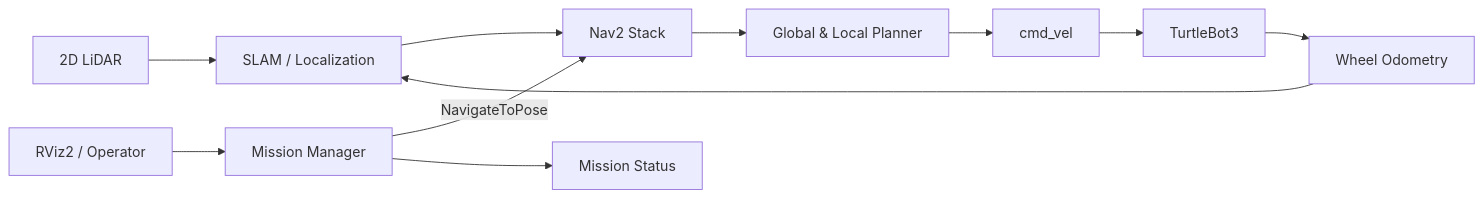
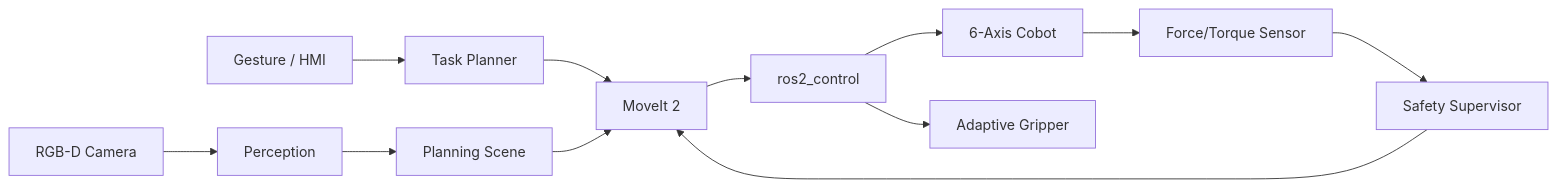
The diagram in README.md (Taegyu-Lee1117/mission_app), drawn with Mermaid before and after one commit. The commit also changed other lines of this file, not shown here.

Commit message:
docs: ROS 협동로봇 프로젝트 README 작성

````diff
--- a/README.md
+++ b/README.md
@@ -49,13 +59,14 @@
 ```mermaid
 flowchart LR
-    A[2D LiDAR] --> B[SLAM / Localization]
-    C[Wheel Odometry] --> B
-    B --> D[Nav2 Stack]
-    E[Mission Manager] -->|NavigateToPose| D
-    D --> F[Global & Local Planner]
-    F --> G[cmd_vel]
-    G --> H[TurtleBot3]
-    H --> C
-    I[RViz2 / Operator] --> E
-    E --> J[Mission Status]
+    CAM[RGB-D Camera] --> PER[Perception]
+    FTS[Force/Torque Sensor] --> SAFE[Safety Supervisor]
+    PER --> SCENE[Planning Scene]
+    HMI[Gesture / HMI] --> TASK[Task Planner]
+    TASK --> MOVEIT[MoveIt 2]
+    SCENE --> MOVEIT
+    SAFE --> MOVEIT
+    MOVEIT --> CTRL[ros2_control]
+    CTRL --> ARM[6-Axis Cobot]
+    CTRL --> GRIP[Adaptive Gripper]
+    ARM --> FTS
 ```
````
